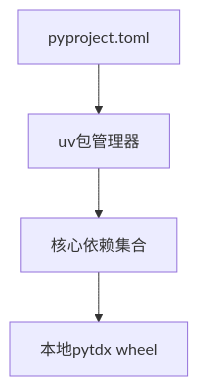
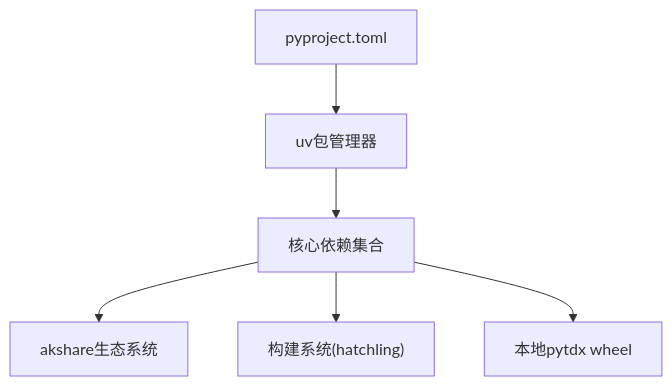
One commit to ldeng76/quant-ETF changed the seventh of 7 diagrams in .qoder/repowiki/zh/content/项目概述.md. Above: the diagram before and after it, drawn with Mermaid. The commit also changed other lines of this file and 11 other files, not shown here.

````diff
--- a/.qoder/repowiki/zh/content/项目概述.md
+++ b/.qoder/repowiki/zh/content/项目概述.md
@@ -309,10 +316,14 @@
 ```mermaid
 graph TB
 PyProj["pyproject.toml"]
 UV["uv包管理器"]
 Deps["核心依赖集合"]
+Akshare["akshare生态系统"]
+BuildSys["构建系统(hatchling)"]
 Wheel["本地pytdx wheel"]
 PyProj --> UV
 UV --> Deps
+Deps --> Akshare
+Deps --> BuildSys
 Deps --> Wheel
 ```
````
